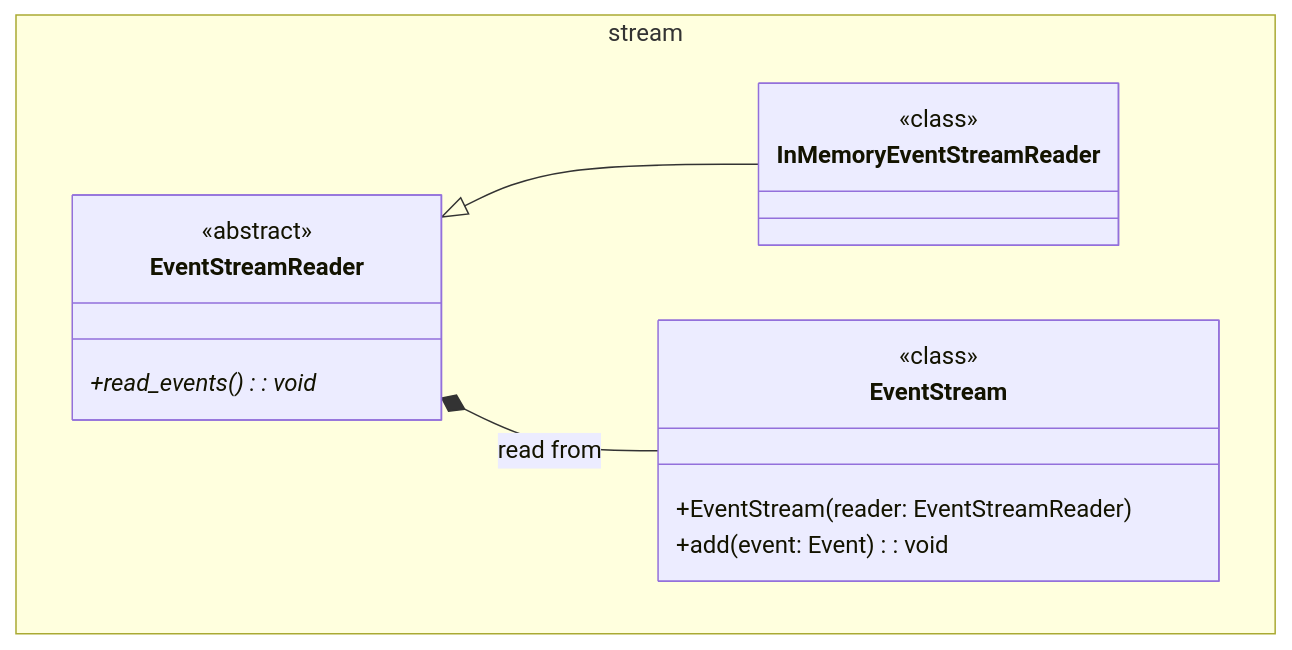
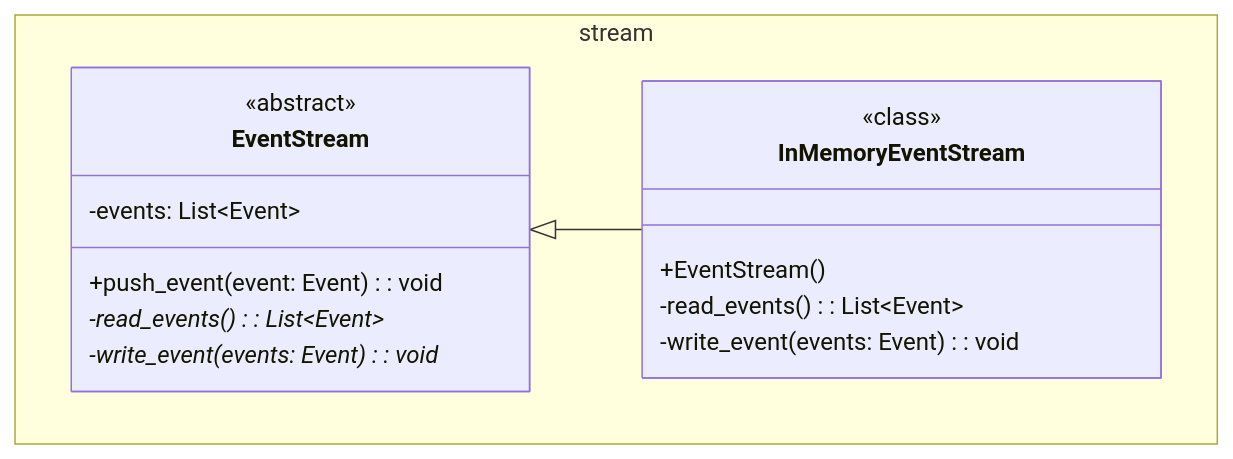
Before and after one commit to donsprallo/wemux: the fifth of 7 diagrams in docs/classes.md, drawn with Mermaid. The commit also changed other lines of this file and 3 other files, not shown here.

````diff
--- a/docs/classes.md
+++ b/docs/classes.md
@@ -79,21 +79,20 @@
 ```mermaid
 classDiagram
     namespace stream {
-        class EventStreamReader {
+        class EventStream {
             <<abstract>>
-            +read_events(): void*
+            -events: List~Event~
+            +push_event(event: Event): void
+            -read_events(): List~Event~*
+            -write_event(events: Event): void*
         }
 
-        class EventStream {
+        class InMemoryEventStream {
             <<class>>
-            +EventStream(reader: EventStreamReader)
-            +add(event: Event): void
-        }
-
-        class InMemoryEventStreamReader {
-            <<class>>
+            +EventStream()
+            -read_events(): List~Event~
+            -write_event(events: Event): void
         }
     }
-    EventStreamReader <|-- InMemoryEventStreamReader
-    EventStreamReader *-- EventStream: read from
+    EventStream <|-- InMemoryEventStream
 ```
````
